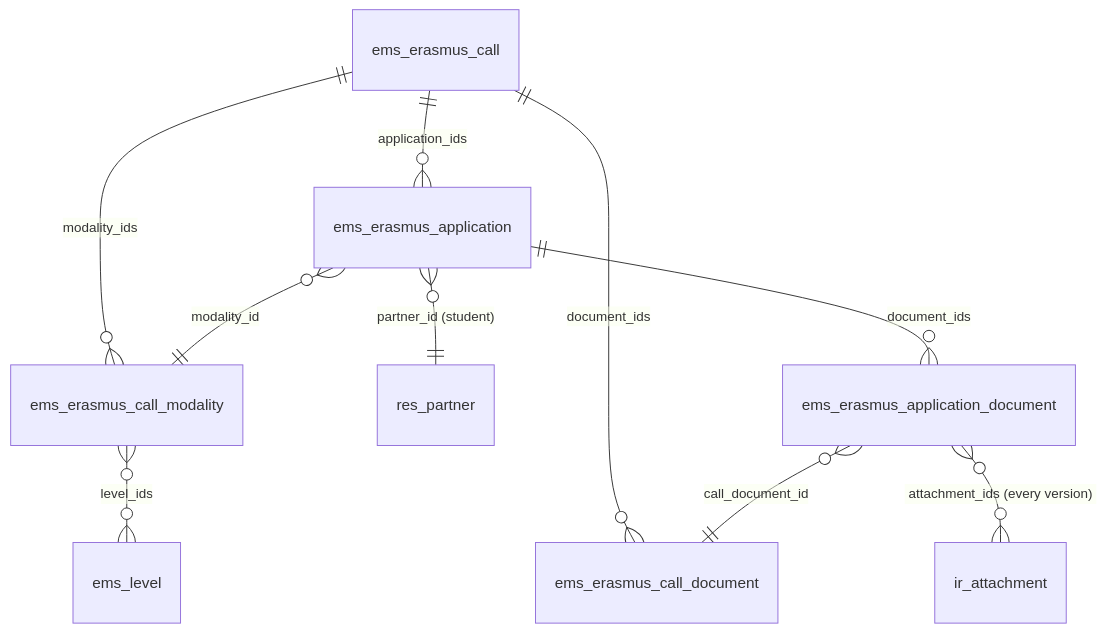
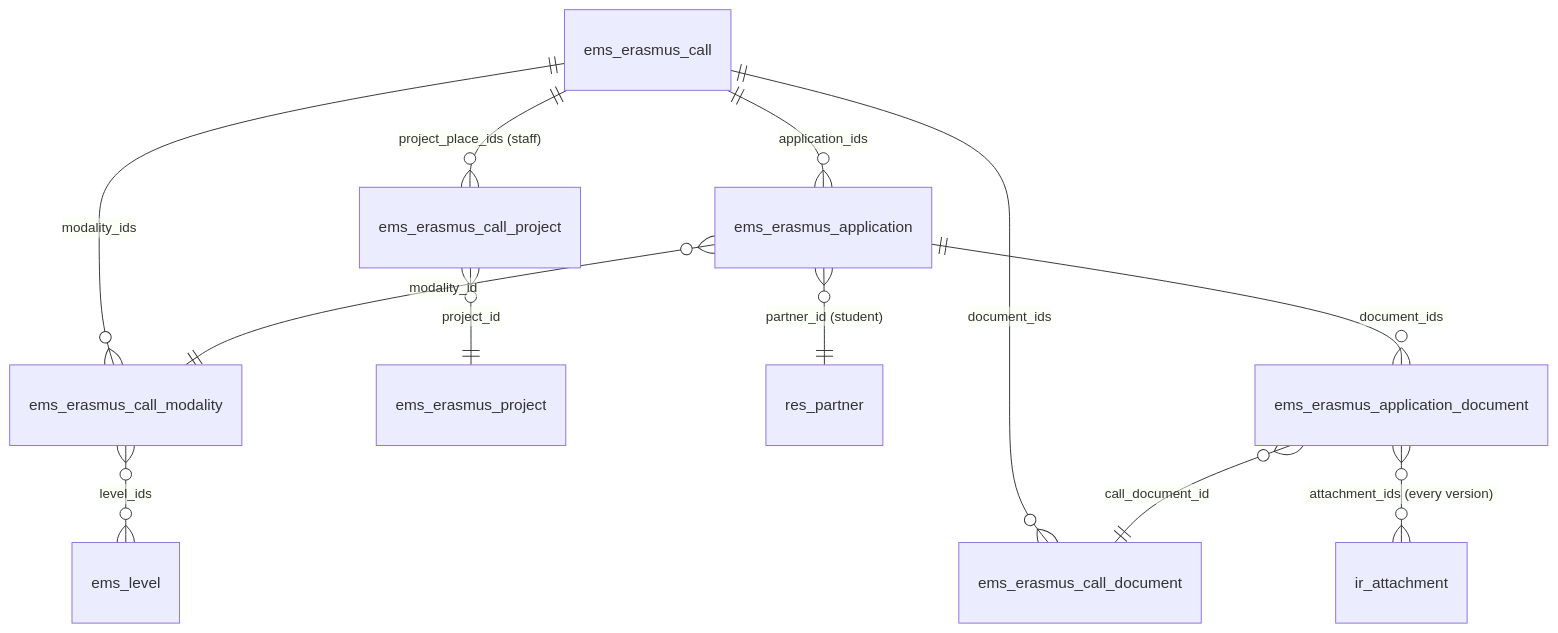
Before and after one commit to ElPuig/EMS: the first of 13 diagrams in docs/en/developers/erasmus/erasmus.md, drawn with Mermaid. The commit also changed other lines of this file and 22 other files, not shown here.

First line of the commit message:
Erasmus+ places per project: close (#772)

````diff
--- a/docs/en/developers/erasmus/erasmus.md
+++ b/docs/en/developers/erasmus/erasmus.md
@@ -22,12 +22,14 @@
 ```mermaid
 erDiagram
     ems_erasmus_call ||--o{ ems_erasmus_call_modality : "modality_ids"
+    ems_erasmus_call ||--o{ ems_erasmus_call_project : "project_place_ids (staff)"
+    ems_erasmus_call_project }o--|| ems_erasmus_project : "project_id"
     ems_erasmus_call ||--o{ ems_erasmus_call_document : "document_ids"
     ems_erasmus_call ||--o{ ems_erasmus_application : "application_ids"
     ems_erasmus_call_modality }o--o{ ems_level : "level_ids"
     ems_erasmus_application }o--|| res_partner : "partner_id (student)"
     ems_erasmus_application }o--|| ems_erasmus_call_modality : "modality_id"
     ems_erasmus_application ||--o{ ems_erasmus_application_document : "document_ids"
     ems_erasmus_application_document }o--|| ems_erasmus_call_document : "call_document_id"
     ems_erasmus_application_document }o--o{ ir_attachment : "attachment_ids (every version)"
 ```
````
